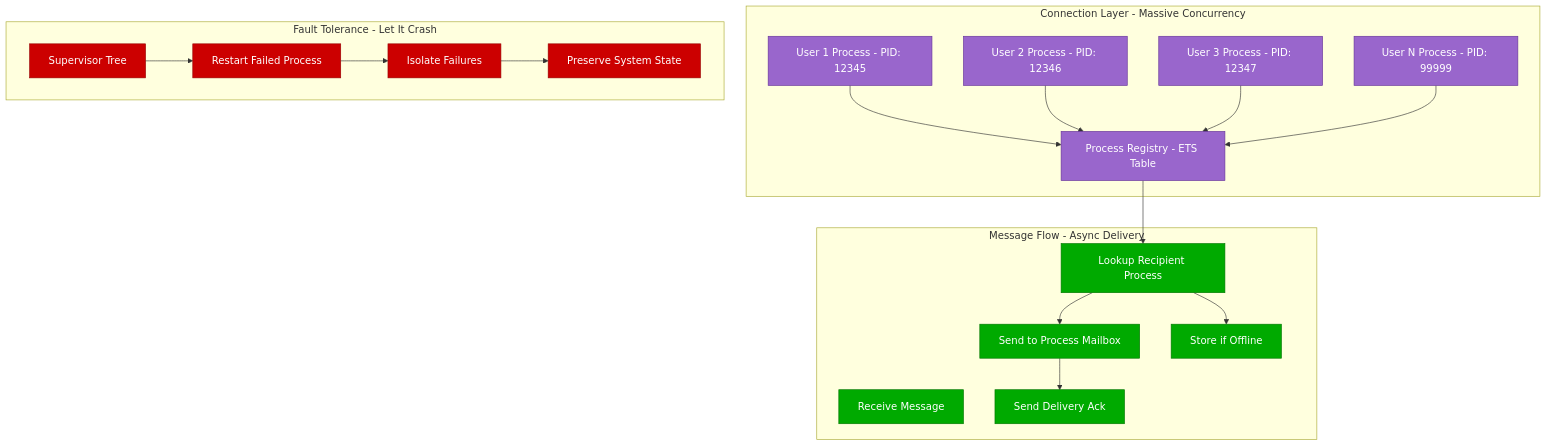
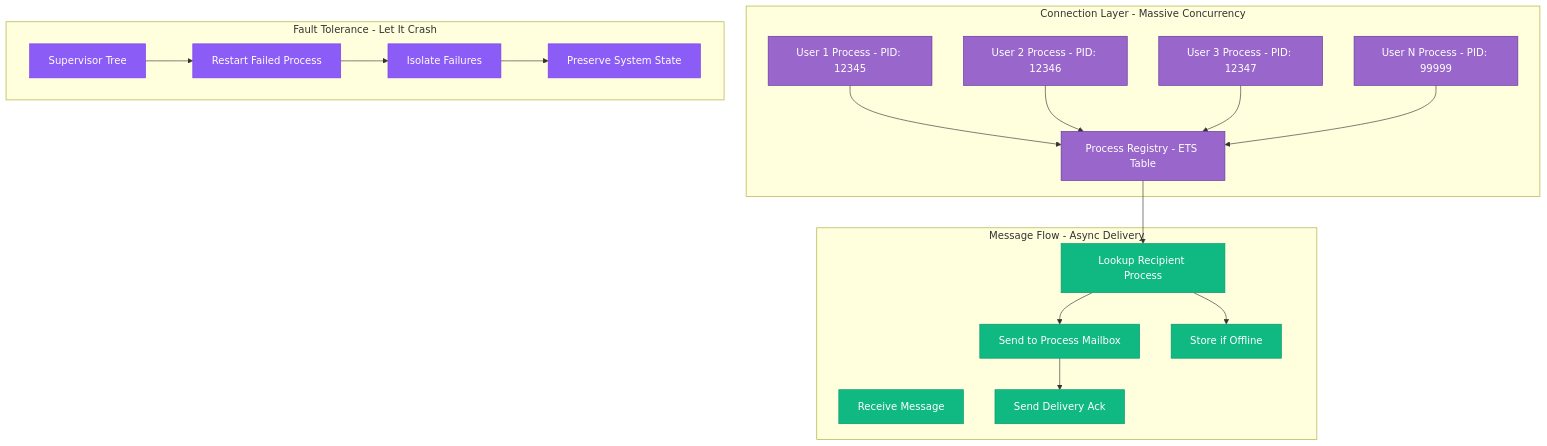
Before and after one commit to deepaucksharma/DS: diagram 13 of 16 in site/docs/examples/case-studies.md, drawn with Mermaid. The commit also changed other lines of this file and 303 other files, not shown here.

````diff
--- a/site/docs/examples/case-studies.md
+++ b/site/docs/examples/case-studies.md
@@ -676,47 +676,47 @@
 ```mermaid
 graph TB
     subgraph ConnectionLayer[Connection Layer - Massive Concurrency]
         USER1[User 1 Process - PID: 12345]
         USER2[User 2 Process - PID: 12346]
         USER3[User 3 Process - PID: 12347]
         USERN[User N Process - PID: 99999]
         REGISTRY[Process Registry - ETS Table]
     end
 
     subgraph MessageFlow[Message Flow - Async Delivery]
         RECEIVE[Receive Message]
         LOOKUP[Lookup Recipient Process]
         DELIVER[Send to Process Mailbox]
         OFFLINE[Store if Offline]
         ACK[Send Delivery Ack]
     end
 
     subgraph FaultTolerance[Fault Tolerance - Let It Crash]
         SUPERVISOR[Supervisor Tree]
         RESTART[Restart Failed Process]
         ISOLATE[Isolate Failures]
         PRESERVE[Preserve System State]
     end
 
     USER1 --> REGISTRY
     USER2 --> REGISTRY
     USER3 --> REGISTRY
     USERN --> REGISTRY
 
     REGISTRY --> LOOKUP
     LOOKUP --> DELIVER
     DELIVER --> ACK
     LOOKUP --> OFFLINE
 
     SUPERVISOR --> RESTART
     RESTART --> ISOLATE
     ISOLATE --> PRESERVE
 
     classDef actorStyle fill:#9966CC,stroke:#663399,color:#fff
-    classDef flowStyle fill:#00AA00,stroke:#007700,color:#fff
-    classDef faultStyle fill:#CC0000,stroke:#990000,color:#fff
+    classDef flowStyle fill:#10B981,stroke:#059669,color:#fff
+    classDef faultStyle fill:#8B5CF6,stroke:#7C3AED,color:#fff
 
     class USER1,USER2,USER3,USERN,REGISTRY actorStyle
     class RECEIVE,LOOKUP,DELIVER,OFFLINE,ACK flowStyle
     class SUPERVISOR,RESTART,ISOLATE,PRESERVE faultStyle
 ```
````
